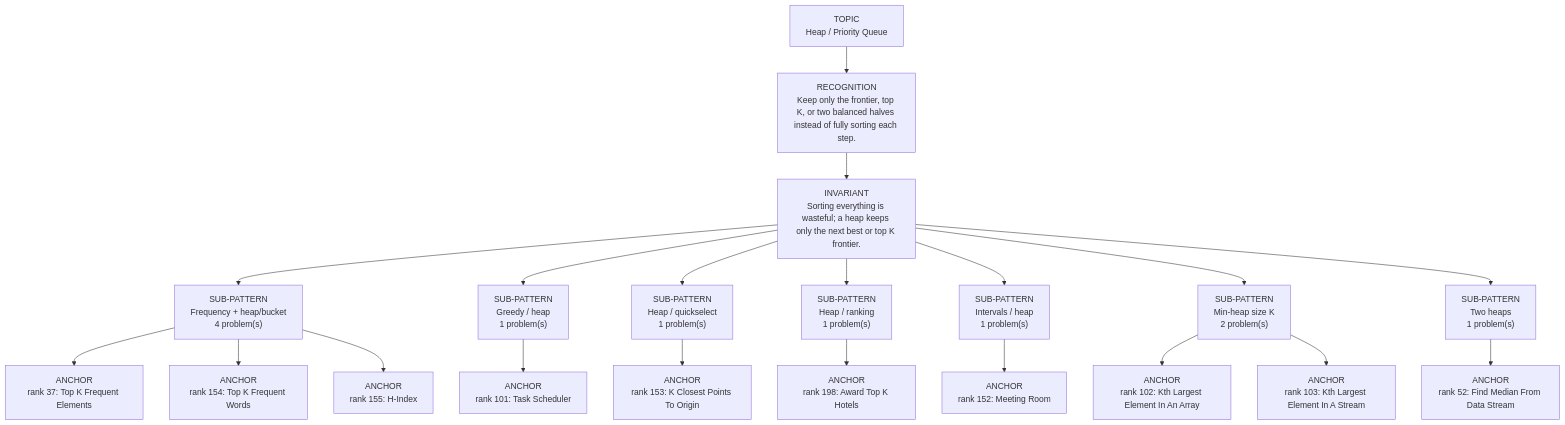
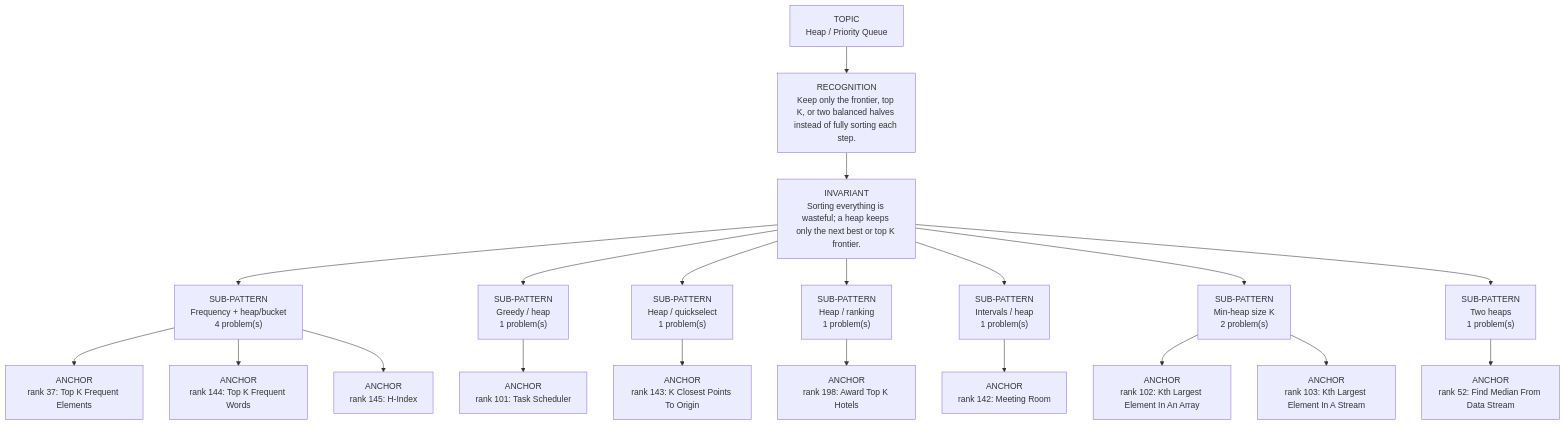
The diagram in dsa-review/interview/patterns/15_heap.md (thechiranjeevjain/DSA10days), drawn with Mermaid before and after one commit. The commit also changed other lines of this file and 28 other files, not shown here.

````diff
--- a/dsa-review/interview/patterns/15_heap.md
+++ b/dsa-review/interview/patterns/15_heap.md
@@ -15,24 +15,24 @@
 ```mermaid
 flowchart TD
   Topic["TOPIC<br/>Heap / Priority Queue"]
   Recognition["RECOGNITION<br/>Keep only the frontier, top K, or two balanced halves instead of fully sorting each step."]
   Invariant["INVARIANT<br/>Sorting everything is wasteful; a heap keeps only the next best or top K frontier."]
   Topic --> Recognition --> Invariant
   Invariant --> Sub01["SUB-PATTERN<br/>Frequency + heap/bucket<br/>4 problem(s)"]
   Sub01 --> Sub01A01["ANCHOR<br/>rank 37: Top K Frequent Elements"]
-  Sub01 --> Sub01A02["ANCHOR<br/>rank 154: Top K Frequent Words"]
-  Sub01 --> Sub01A03["ANCHOR<br/>rank 155: H-Index"]
+  Sub01 --> Sub01A02["ANCHOR<br/>rank 144: Top K Frequent Words"]
+  Sub01 --> Sub01A03["ANCHOR<br/>rank 145: H-Index"]
   Invariant --> Sub02["SUB-PATTERN<br/>Greedy / heap<br/>1 problem(s)"]
   Sub02 --> Sub02A01["ANCHOR<br/>rank 101: Task Scheduler"]
   Invariant --> Sub03["SUB-PATTERN<br/>Heap / quickselect<br/>1 problem(s)"]
-  Sub03 --> Sub03A01["ANCHOR<br/>rank 153: K Closest Points To Origin"]
+  Sub03 --> Sub03A01["ANCHOR<br/>rank 143: K Closest Points To Origin"]
   Invariant --> Sub04["SUB-PATTERN<br/>Heap / ranking<br/>1 problem(s)"]
   Sub04 --> Sub04A01["ANCHOR<br/>rank 198: Award Top K Hotels"]
   Invariant --> Sub05["SUB-PATTERN<br/>Intervals / heap<br/>1 problem(s)"]
-  Sub05 --> Sub05A01["ANCHOR<br/>rank 152: Meeting Room"]
+  Sub05 --> Sub05A01["ANCHOR<br/>rank 142: Meeting Room"]
   Invariant --> Sub06["SUB-PATTERN<br/>Min-heap size K<br/>2 problem(s)"]
   Sub06 --> Sub06A01["ANCHOR<br/>rank 102: Kth Largest Element In An Array"]
   Sub06 --> Sub06A02["ANCHOR<br/>rank 103: Kth Largest Element In A Stream"]
   Invariant --> Sub07["SUB-PATTERN<br/>Two heaps<br/>1 problem(s)"]
   Sub07 --> Sub07A01["ANCHOR<br/>rank 52: Find Median From Data Stream"]
 ```
````
